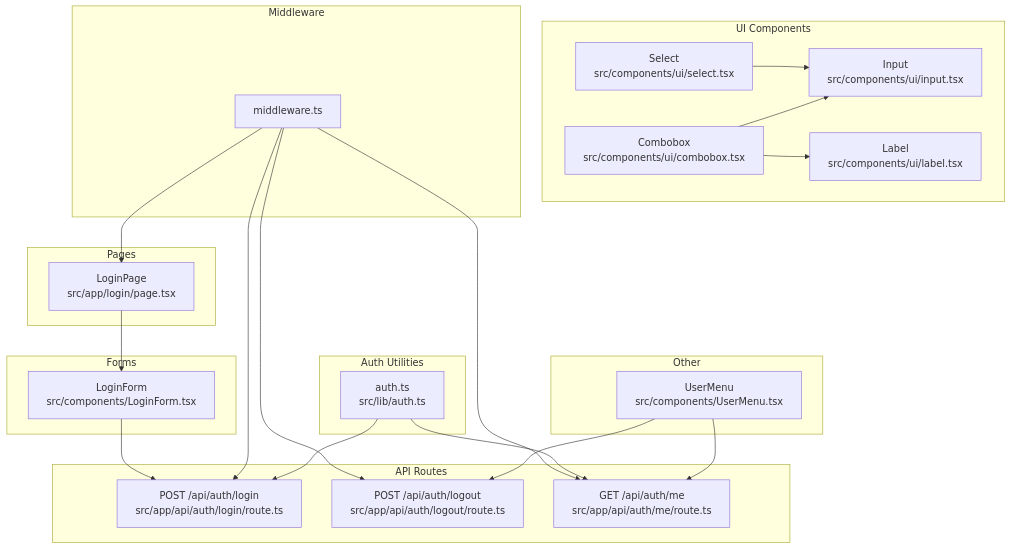
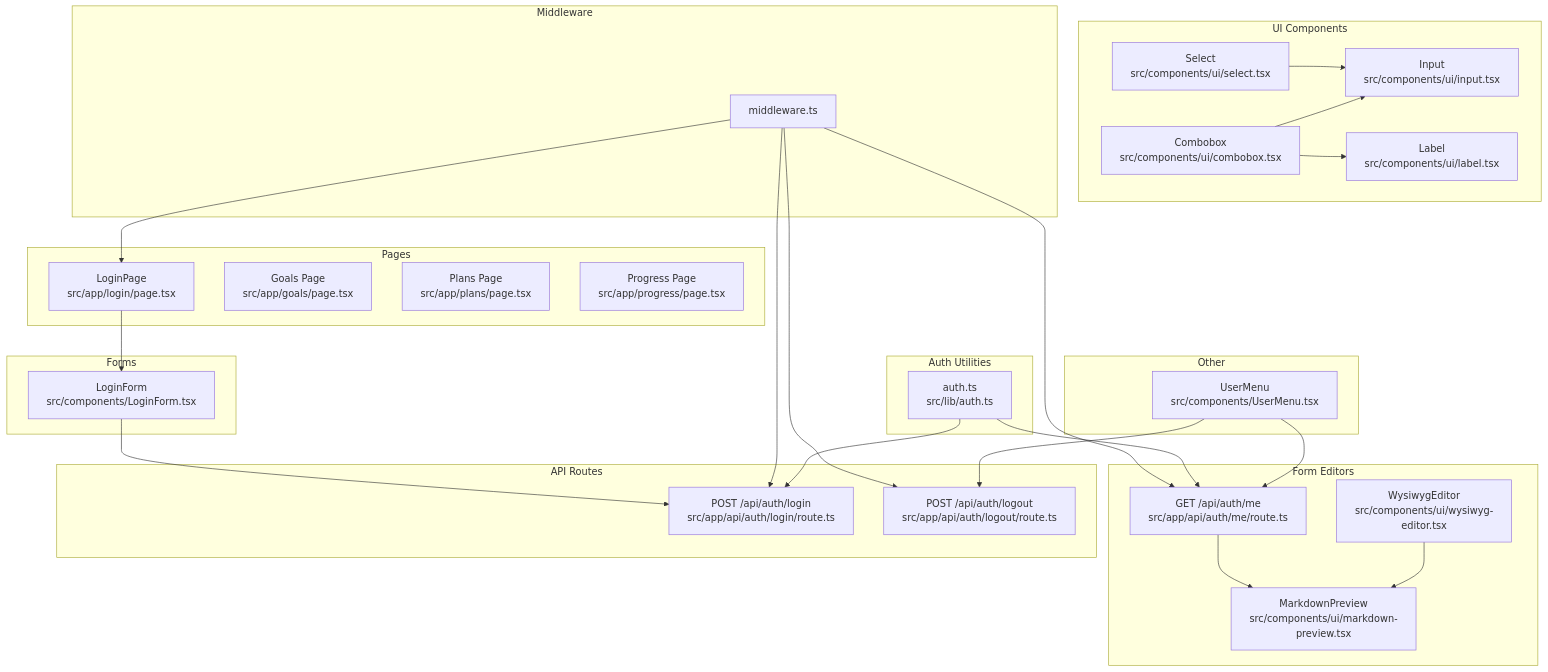
The first of 9 diagrams in .qoder/repowiki/en/content/UI Components/Form Components.md (peixuanhu/goal-mate), drawn with Mermaid before and after one commit. The commit also changed other lines of this file and 10 other files, not shown here.

````diff
--- a/.qoder/repowiki/en/content/UI Components/Form Components.md
+++ b/.qoder/repowiki/en/content/UI Components/Form Components.md
@@ -49,42 +66,52 @@
 ```mermaid
 graph TB
 subgraph "UI Components"
 CB["Combobox<br/>src/components/ui/combobox.tsx"]
 IN["Input<br/>src/components/ui/input.tsx"]
 LB["Label<br/>src/components/ui/label.tsx"]
 SL["Select<br/>src/components/ui/select.tsx"]
 end
+subgraph "Form Editors"
+ME["MarkdownEditor<br/>src/components/ui/markdown-editor.tsx"]
+MP["MarkdownPreview<br/>src/components/ui/markdown-preview.tsx"]
+WE["WysiwygEditor<br/>src/components/ui/wysiwyg-editor.tsx"]
+end
 subgraph "Forms"
 LF["LoginForm<br/>src/components/LoginForm.tsx"]
 end
 subgraph "Pages"
 LP["LoginPage<br/>src/app/login/page.tsx"]
+GP["Goals Page<br/>src/app/goals/page.tsx"]
+PP["Plans Page<br/>src/app/plans/page.tsx"]
+PRP["Progress Page<br/>src/app/progress/page.tsx"]
 end
 subgraph "Auth Utilities"
 AT["auth.ts<br/>src/lib/auth.ts"]
 end
 subgraph "API Routes"
 LG["POST /api/auth/login<br/>src/app/api/auth/login/route.ts"]
 LO["POST /api/auth/logout<br/>src/app/api/auth/logout/route.ts"]
 ME["GET /api/auth/me<br/>src/app/api/auth/me/route.ts"]
 end
 subgraph "Middleware"
 MW["middleware.ts"]
 end
 subgraph "Other"
 UM["UserMenu<br/>src/components/UserMenu.tsx"]
 end
 LP --> LF
 LF --> LG
 MW --> LP
 MW --> LG
 MW --> LO
 MW --> ME
 AT --> LG
 AT --> ME
 UM --> LO
 UM --> ME
 CB --> IN
 CB --> LB
 SL --> IN
+ME --> MP
+WE --> MP
 ```
````
